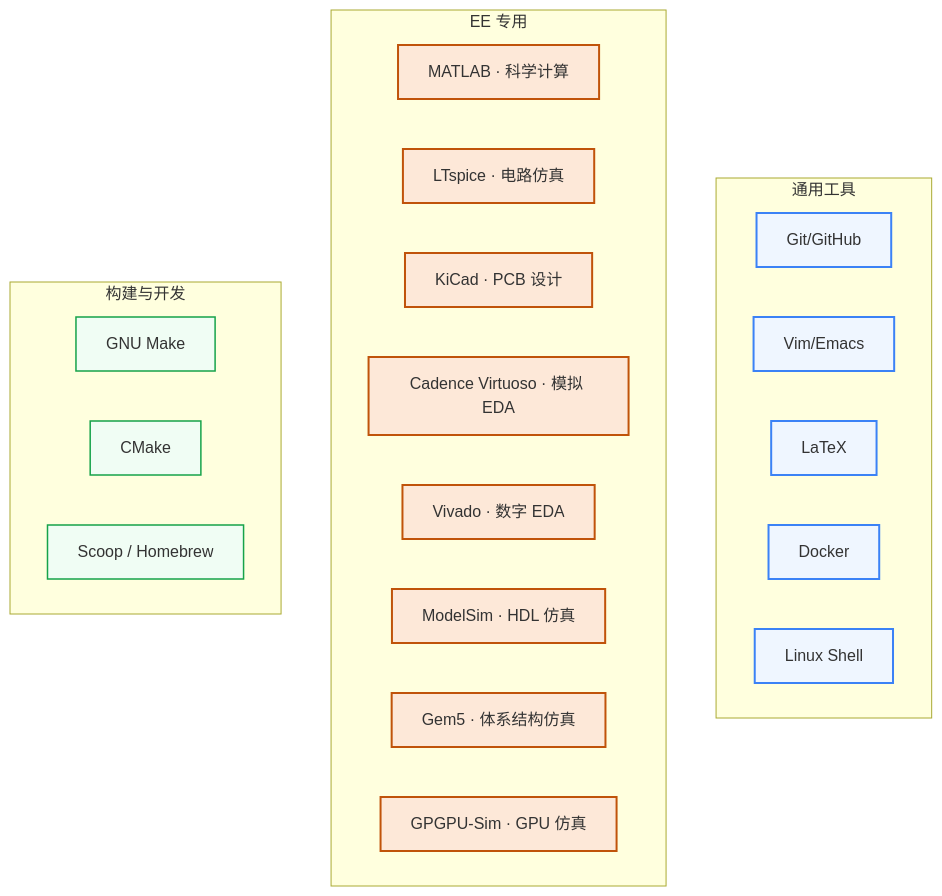
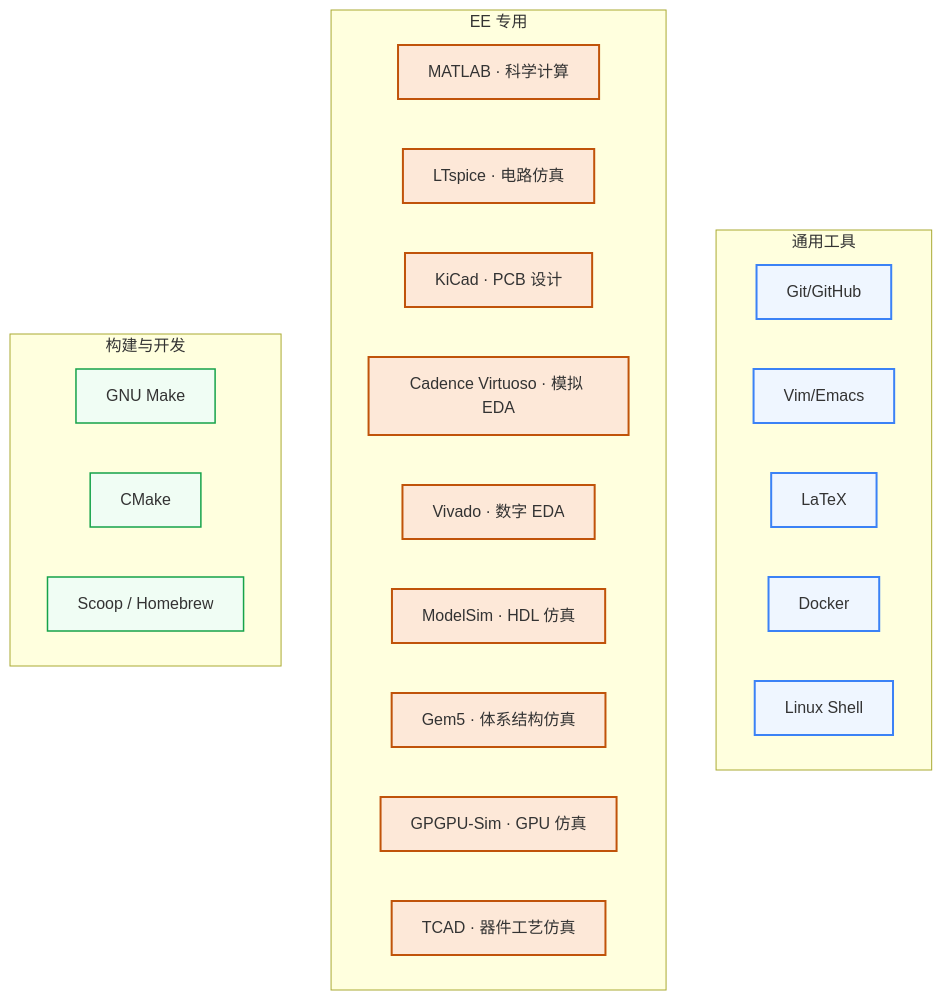
Before and after one commit to Crys-Chen/ic-guide: the diagram in docs/工程工具/index.md, drawn with Mermaid. The commit also changed other lines of this file and 2 other files, not shown here.

````diff
--- a/docs/工程工具/index.md
+++ b/docs/工程工具/index.md
@@ -7,32 +7,33 @@
 ```mermaid
 graph TB
     subgraph A[通用工具]
         A1[Git/GitHub]
         A2[Vim/Emacs]
         A3[LaTeX]
         A4[Docker]
         A5[Linux Shell]
     end
     subgraph B[EE 专用]
         B1["MATLAB · 科学计算"]
         B2["LTspice · 电路仿真"]
         B3["KiCad · PCB 设计"]
         B4["Cadence Virtuoso · 模拟 EDA"]
         B5["Vivado · 数字 EDA"]
         B6["ModelSim · HDL 仿真"]
         B7["Gem5 · 体系结构仿真"]
         B8["GPGPU-Sim · GPU 仿真"]
+        B9["TCAD · 器件工艺仿真"]
     end
     subgraph C[构建与开发]
         C1[GNU Make]
         C2[CMake]
         C3[Scoop / Homebrew]
     end
 
     classDef gen fill:#EFF6FF,stroke:#3B82F6,stroke-width:2px
     classDef ee fill:#FDE8D8,stroke:#C0530A,stroke-width:2px
     classDef build fill:#F0FDF4,stroke:#16A34A,stroke-width:1.5px
     class A1,A2,A3,A4,A5 gen
-    class B1,B2,B3,B4,B5,B6,B7,B8 ee
+    class B1,B2,B3,B4,B5,B6,B7,B8,B9 ee
     class C1,C2,C3 build
 ```
````
